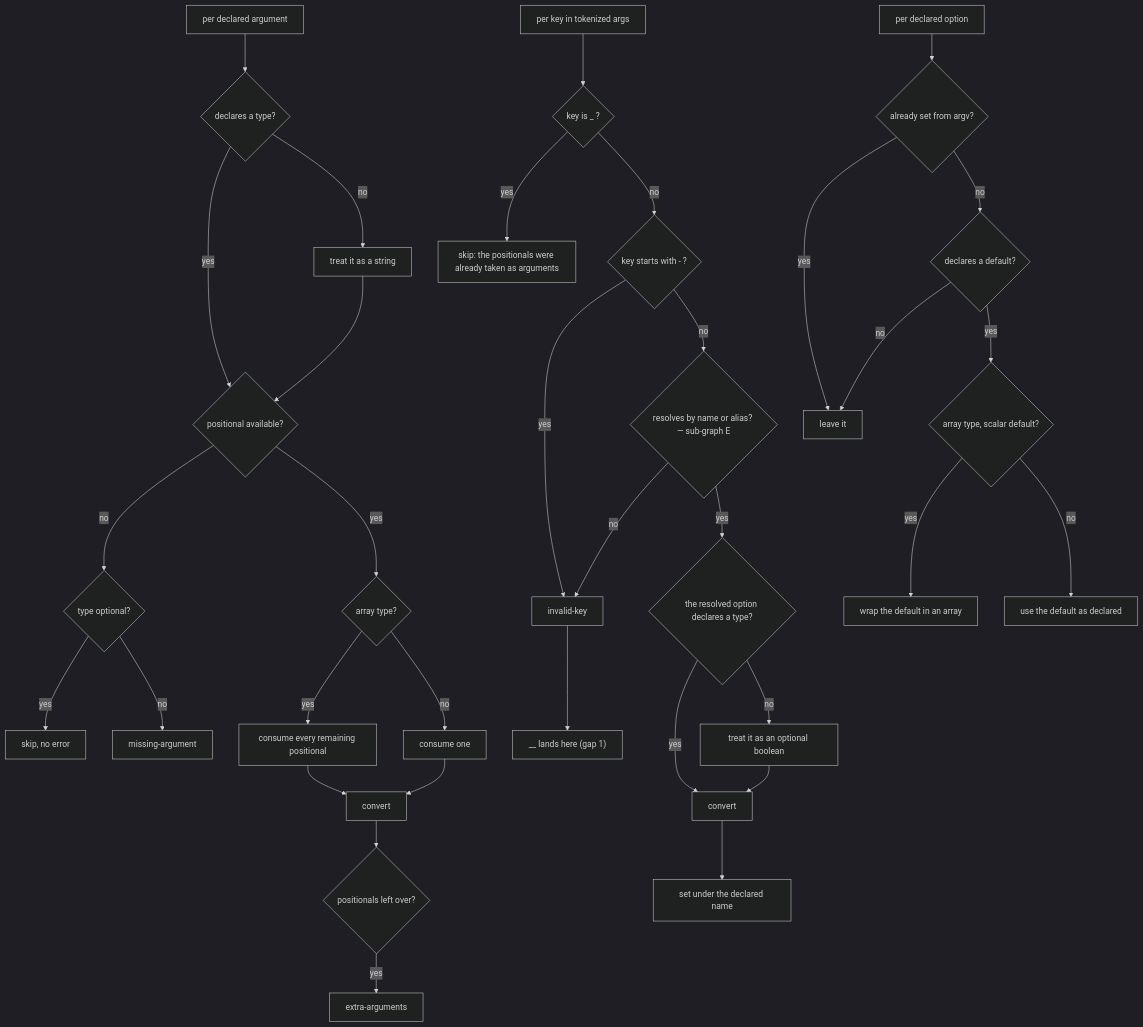
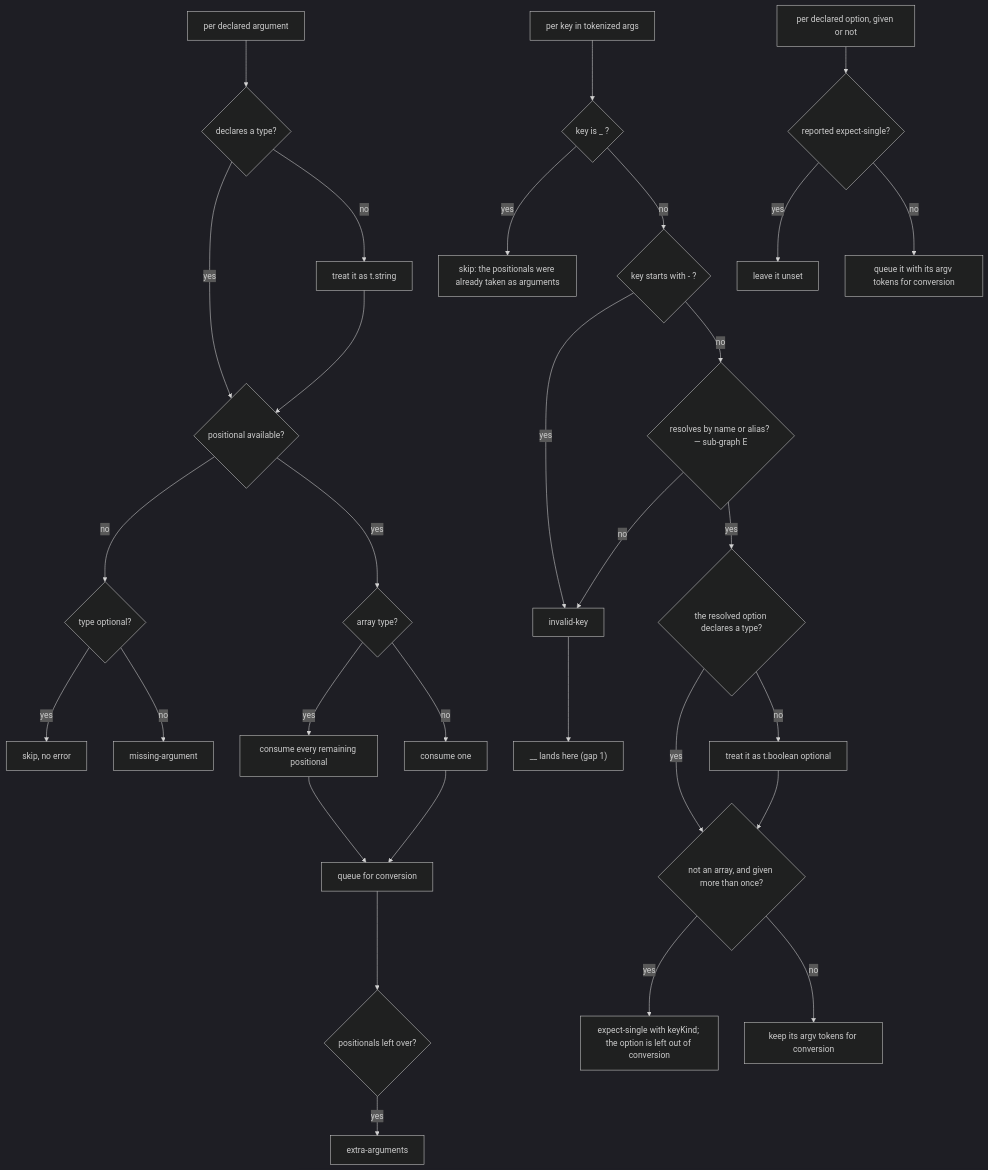
The fifth of 7 diagrams in packages/clibuilder/.agents/spec/input-parsing/README.md (clibuilder/clibuilder), drawn with Mermaid (dark theme) before and after one commit. The commit also changed other lines of this file and 80 other files, not shown here.

First line of the commit message:
feat(clibuilder)!: remove zod; t is the only option type, config is any Standard Schema (#684)

````diff
--- a/packages/clibuilder/.agents/spec/input-parsing/README.md
+++ b/packages/clibuilder/.agents/spec/input-parsing/README.md
@@ -242,33 +250,30 @@
 ```mermaid
 graph TD
   FA[per declared argument] --> AT{declares a type?}
   AT -- yes --> AV{positional available?}
-  AT -- no --> ASTR[treat it as a string] --> AV
+  AT -- no --> ASTR[treat it as t.string] --> AV
   AV -- no --> OPTQ{type optional?}
   OPTQ -- yes --> SKIP[skip, no error]
   OPTQ -- no --> MISS[missing-argument]
   AV -- yes --> ARR{array type?}
   ARR -- yes --> VAR[consume every remaining positional]
   ARR -- no --> ONE[consume one]
-  VAR --> CONV[convert] --> LEFT{positionals left over?}
-  ONE --> CONV
+  VAR --> QA[queue for conversion] --> LEFT{positionals left over?}
+  ONE --> QA
   LEFT -- yes --> EXTRA[extra-arguments]
   FO[per key in tokenized args] --> UK{key is _ ?}
   UK -- yes --> SKIP2[skip: the positionals were already taken as arguments]
   UK -- no --> LD{"key starts with - ?"}
   LD -- yes --> IK[invalid-key]
   LD -- no --> LU{"resolves by name or alias? — sub-graph E"}
   LU -- no --> IK
   LU -- yes --> OT{"the resolved option declares a type?"}
-  OT -- yes --> CONV2[convert]
-  OT -- no --> OBOOL[treat it as an optional boolean] --> CONV2
-  CONV2 --> SET[set under the declared name]
+  OT -- yes --> SG{"not an array, and given more than once?"}
+  OT -- no --> OBOOL[treat it as t.boolean optional] --> SG
+  SG -- yes --> ES["expect-single with keyKind; the option is left out of conversion"]
+  SG -- no --> KEEP[keep its argv tokens for conversion]
   IK --> GAP1["__ lands here (gap 1)"]
-  FD[per declared option] --> ALREADY{already set from argv?}
-  ALREADY -- yes --> NOOP[leave it]
-  ALREADY -- no --> HASD{declares a default?}
-  HASD -- no --> NOOP
-  HASD -- yes --> ARRD{"array type, scalar default?"}
-  ARRD -- yes --> WRAP[wrap the default in an array]
-  ARRD -- no --> USE[use the default as declared]
+  FD[per declared option, given or not] --> SKIPES{"reported expect-single?"}
+  SKIPES -- yes --> NOOP[leave it unset]
+  SKIPES -- no --> QO["queue it with its argv tokens for conversion"]
 ```
````
